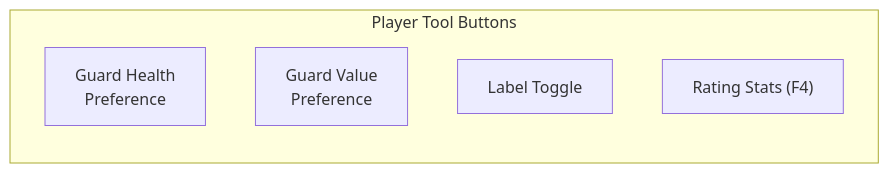
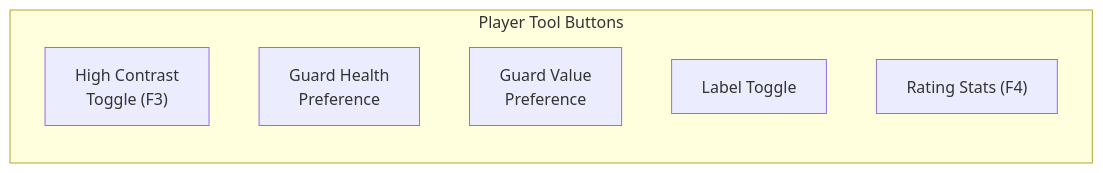
The third of 3 diagrams in docs/gameplay/commands.md (Warcraft-3-Risk/wc3-risk-system), drawn with Mermaid before and after one commit. The commit also changed other lines of this file and 1 other file, not shown here.

Commit message:
docs: document new F3 High Contrast ally color mode toggle behavior

````diff
--- a/docs/gameplay/commands.md
+++ b/docs/gameplay/commands.md
@@ -220,9 +220,10 @@
 ```mermaid
 flowchart LR
     subgraph Buttons ["Player Tool Buttons"]
+        B0["High Contrast<br/>Toggle (F3)"]
         B1["Guard Health<br/>Preference"]
         B2["Guard Value<br/>Preference"]
         B3["Label Toggle"]
         B4["Rating Stats (F4)"]
     end
 ```
````
